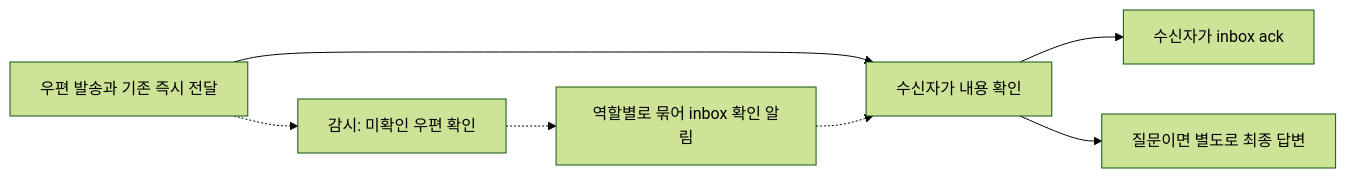
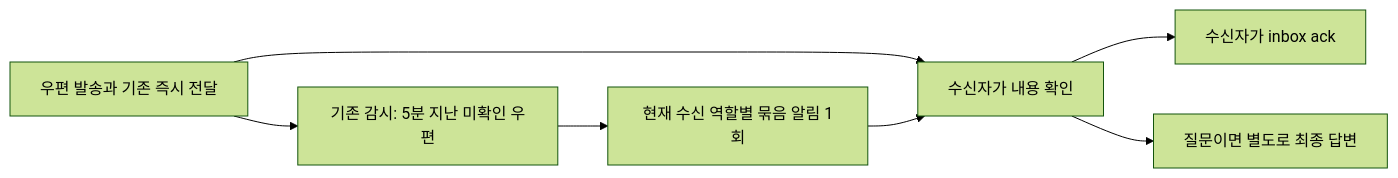
One commit to fwkyle/kadan changed the second of 2 diagrams in docs/architecture.md. Above: the diagram before and after it, drawn with Mermaid (forest theme). The commit also changed other lines of this file and 37 other files, not shown here.

````diff
--- a/docs/architecture.md
+++ b/docs/architecture.md
@@ -92,9 +91,9 @@
 ```mermaid
 flowchart LR
   SEND[우편 발송과 기존 즉시 전달] --> RECEIVE[수신자가 내용 확인]
   RECEIVE --> ACK[수신자가 inbox ack]
-  SEND -.-> CHECK[감시: 미확인 우편 확인]
-  CHECK -.-> REMIND[역할별로 묶어 inbox 확인 알림]
-  REMIND -.-> RECEIVE
+  SEND --> CHECK[기존 감시: 5분 지난 미확인 우편]
+  CHECK --> REMIND[현재 수신 역할별 묶음 알림 1회]
+  REMIND --> RECEIVE
   RECEIVE --> REPLY[질문이면 별도로 최종 답변]
 ```
````
